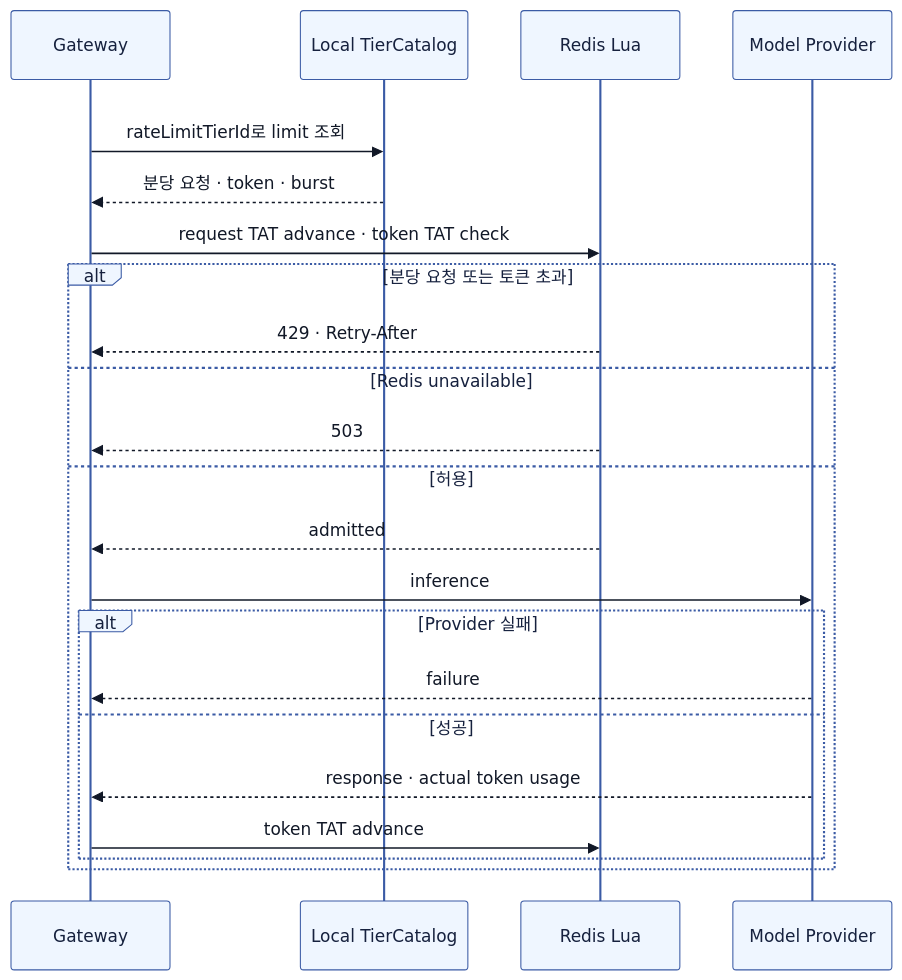
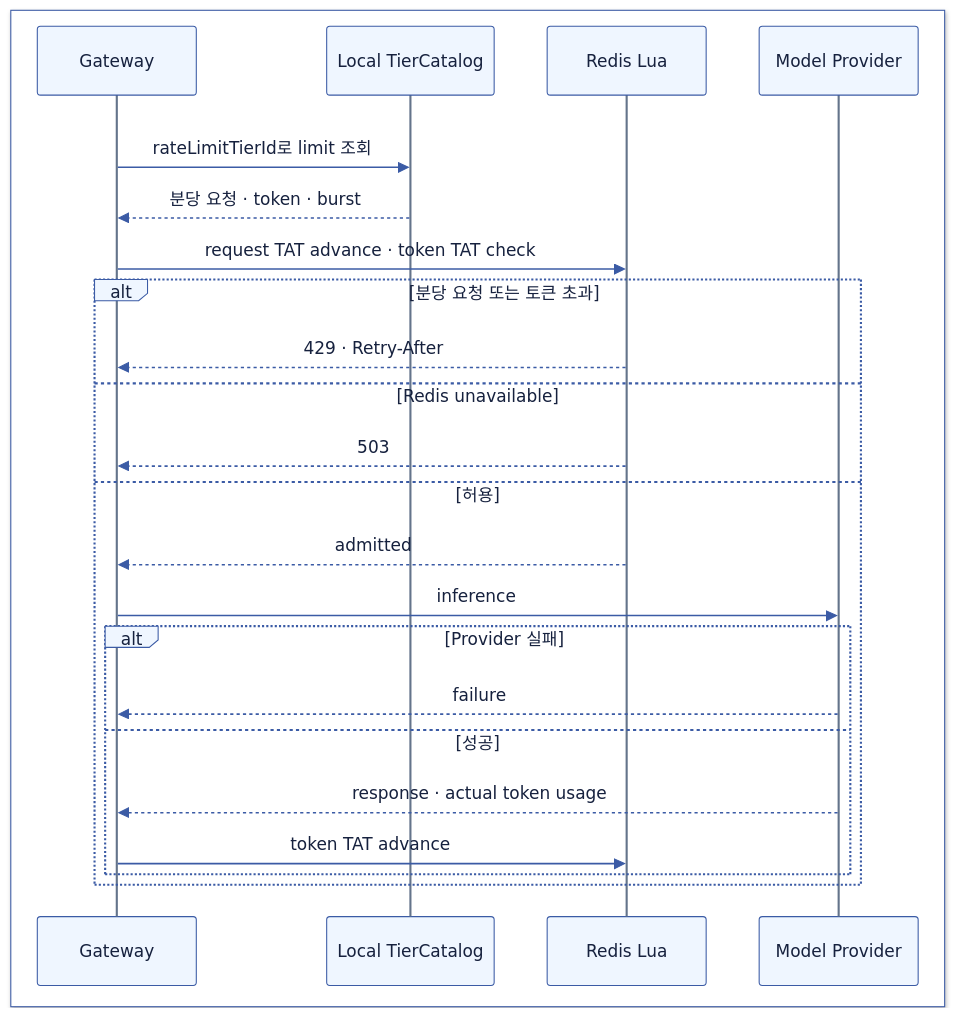
One commit to Hyune-s-lab/my-ai-study changed the third of 3 diagrams in system-design/2608-admission-control/2608-p1-rate-limit.md. Above: the diagram before and after it, drawn with Mermaid. The commit also changed other lines of this file and 28 other files, not shown here.

Commit message:
docs: Mermaid 호환성과 문서 가독성 개선

````diff
--- a/system-design/2608-admission-control/2608-p1-rate-limit.md
+++ b/system-design/2608-admission-control/2608-p1-rate-limit.md
@@ -240,44 +240,29 @@
 ```mermaid
----
-config:
-  theme: base
-  darkMode: false
-  themeVariables:
-    background: "#ffffff"
-    primaryColor: "#ffffff"
-    primaryTextColor: "#111827"
-    primaryBorderColor: "#475569"
-    lineColor: "#334155"
-    edgeLabelBackground: "#ffffff"
-    actorBkg: "#EFF6FF"
-    actorBorder: "#3B5BA5"
-    actorTextColor: "#16213E"
-    noteBkgColor: "#FFF7ED"
-    noteBorderColor: "#C98A2B"
----
 sequenceDiagram
-  participant G as Gateway
-  participant T as Local TierCatalog
-  participant R as Redis Lua
-  participant P as Model Provider
-
+%%{init: {"theme": "base", "darkMode": false, "themeVariables": {"background": "#ffffff", "primaryColor": "#EFF6FF", "primaryTextColor": "#16213E", "primaryBorderColor": "#3B5BA5", "secondaryColor": "#F0FDF4", "tertiaryColor": "#FAF5FF", "lineColor": "#3B5BA5", "textColor": "#16213E", "edgeLabelBackground": "#ffffff", "actorBkg": "#EFF6FF", "actorBorder": "#3B5BA5", "actorTextColor": "#16213E", "signalColor": "#3B5BA5", "signalTextColor": "#16213E", "noteBkgColor": "#FFF7ED", "noteBorderColor": "#C98A2B", "noteTextColor": "#16213E", "labelBoxBkgColor": "#EFF6FF", "labelTextColor": "#16213E", "loopTextColor": "#16213E", "actorLineColor": "#64748B", "labelBoxBorderColor": "#3B5BA5"}}}%%
+  box rgb(255, 255, 255)
+    participant G as Gateway
+    participant T as Local TierCatalog
+    participant R as Redis Lua
+    participant P as Model Provider
+  end
   rect rgb(255, 255, 255)
     G->>T: rateLimitTierId로 limit 조회
     T-->>G: 분당 요청 · token · burst
     G->>R: request TAT advance · token TAT check
     alt 분당 요청 또는 토큰 초과
       R-->>G: 429 · Retry-After
     else Redis unavailable
       R-->>G: 503
     else 허용
       R-->>G: admitted
       G->>P: inference
       alt Provider 실패
         P-->>G: failure
       else 성공
         P-->>G: response · actual token usage
         G->>R: token TAT advance
       end
     end
   end
 ```
````
